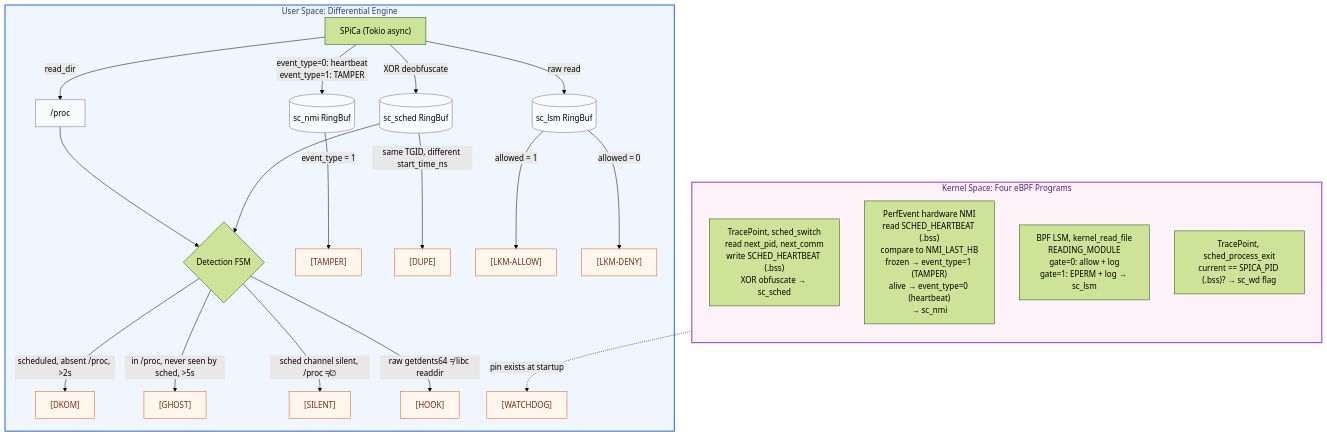
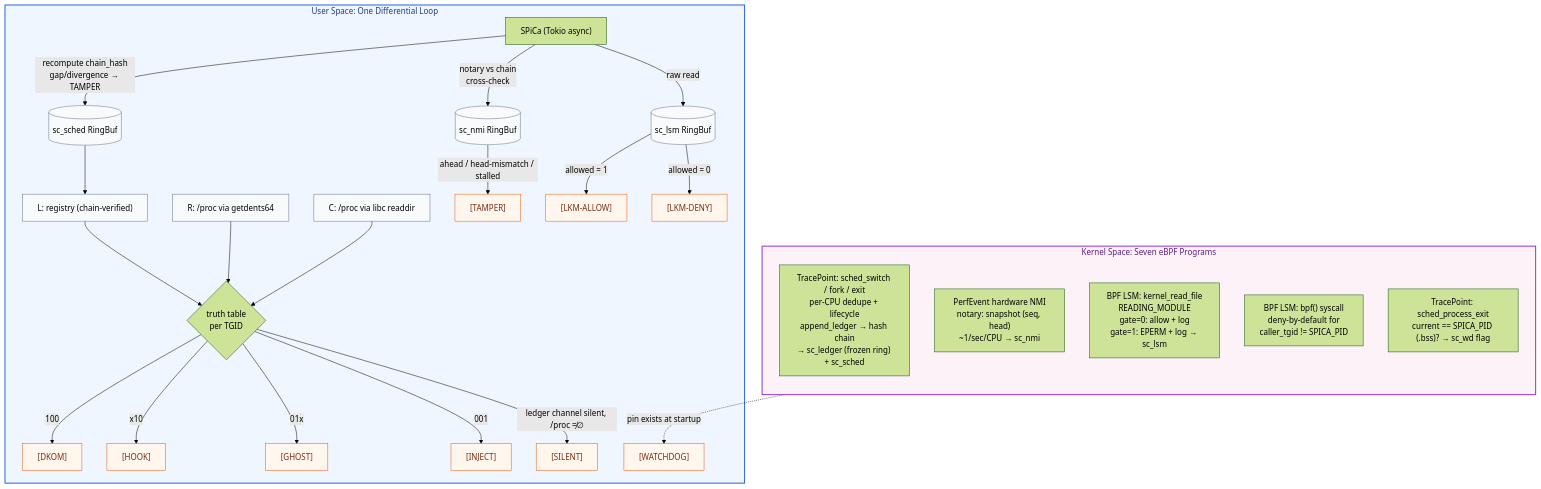
One commit to 0xKirisame/SPiCa changed the first of 2 diagrams in README.md. Above: the diagram before and after it, drawn with Mermaid (forest theme). The commit also changed other lines of this file and 53 other files, not shown here.

````diff
--- a/README.md
+++ b/README.md
@@ -193,37 +203,42 @@
 ```mermaid
 graph TD
-    subgraph RING0["Kernel Space: Four eBPF Programs"]
+    subgraph RING0["Kernel Space: Seven eBPF Programs"]
         direction TB
-        SCHED_P["TracePoint, sched_switch<br/>read next_pid, next_comm<br/>write SCHED_HEARTBEAT (.bss)<br/>XOR obfuscate → sc_sched"]
-        NMI_P["PerfEvent hardware NMI<br/>read SCHED_HEARTBEAT (.bss)<br/>compare to NMI_LAST_HB<br/>frozen → event_type=1 (TAMPER)<br/>alive → event_type=0 (heartbeat)<br/>→ sc_nmi"]
-        LSM_P["BPF LSM, kernel_read_file<br/>READING_MODULE<br/>gate=0: allow + log<br/>gate=1: EPERM + log → sc_lsm"]
-        WATCH_P["TracePoint, sched_process_exit<br/>current == SPICA_PID (.bss)? → sc_wd flag"]
+        SCHED_P["TracePoint: sched_switch / fork / exit<br/>per-CPU dedupe + lifecycle<br/>append_ledger → hash chain<br/>→ sc_ledger (frozen ring) + sc_sched"]
+        NMI_P["PerfEvent hardware NMI<br/>notary: snapshot (seq, head)<br/>~1/sec/CPU → sc_nmi"]
+        LSM_P["BPF LSM: kernel_read_file<br/>READING_MODULE<br/>gate=0: allow + log<br/>gate=1: EPERM + log → sc_lsm"]
+        BPF_P["BPF LSM: bpf() syscall<br/>deny-by-default for<br/>caller_tgid != SPICA_PID"]
+        WATCH_P["TracePoint: sched_process_exit<br/>current == SPICA_PID (.bss)? → sc_wd flag"]
     end
 
-    subgraph RING3["User Space: Differential Engine"]
-        ENGINE["SPiCa (Tokio async)"] -->|XOR deobfuscate| RB_S[(sc_sched RingBuf)]
-        ENGINE -->|event_type=0: heartbeat<br/>event_type=1: TAMPER| RB_N[(sc_nmi RingBuf)]
+    subgraph RING3["User Space: One Differential Loop"]
+        ENGINE["SPiCa (Tokio async)"] -->|recompute chain_hash<br/>gap/divergence → TAMPER| RB_S[(sc_sched RingBuf)]
+        ENGINE -->|notary vs chain<br/>cross-check| RB_N[(sc_nmi RingBuf)]
         ENGINE -->|raw read| RB_L[(sc_lsm RingBuf)]
-        ENGINE -->|read_dir| PROC[" /proc"]
-        RB_S --> FSM{Detection FSM}
-        PROC --> FSM
-        FSM -->|scheduled, absent /proc, >2s| D1["[DKOM]"]
-        FSM -->|in /proc, never seen by sched, >5s| D2["[GHOST]"]
-        RB_N -->|event_type = 1| D3["[TAMPER]"]
-        FSM -->|sched channel silent, /proc ≠∅| D4["[SILENT]"]
-        FSM -->|raw getdents64 ≠ libc readdir| D9["[HOOK]"]
-        RB_S -->|same TGID, different start_time_ns| D5["[DUPE]"]
+        L["L: registry (chain-verified)"]
+        R["R: /proc via getdents64"]
+        C["C: /proc via libc readdir"]
+        L --> TABLE{truth table<br/>per TGID}
+        R --> TABLE
+        C --> TABLE
+        RB_S --> L
+        TABLE -->|100| D1["[DKOM]"]
+        TABLE -->|x10| D9["[HOOK]"]
+        TABLE -->|01x| D2["[GHOST]"]
+        TABLE -->|001| D10["[INJECT]"]
+        RB_N -->|ahead / head-mismatch / stalled| D3["[TAMPER]"]
+        TABLE -->|ledger channel silent, /proc ≠∅| D4["[SILENT]"]
         RB_L -->|allowed = 1| D7["[LKM-ALLOW]"]
         RB_L -->|allowed = 0| D8["[LKM-DENY]"]
         WATCH_P -.->|pin exists at startup| D6["[WATCHDOG]"]
     end
 
     classDef kernbox  fill:#fdf2f8,stroke:#9333ea,stroke-width:2px,color:#581c87;
     classDef userbox  fill:#eff6ff,stroke:#2563eb,stroke-width:2px,color:#1e3a8a;
     classDef alertbox fill:#fff7ed,stroke:#ea580c,stroke-width:1px,color:#7c2d12;
     classDef storage  fill:#f8fafc,stroke:#64748b,stroke-width:1px;
     class RING0 kernbox;
     class RING3 userbox;
-    class D1,D2,D3,D4,D5,D6,D7,D8,D9 alertbox;
-    class RB_S,RB_N,RB_L,PROC storage;
+    class D1,D2,D3,D4,D6,D7,D8,D9,D10 alertbox;
+    class RB_S,RB_N,RB_L,L,R,C storage;
 ```
````
